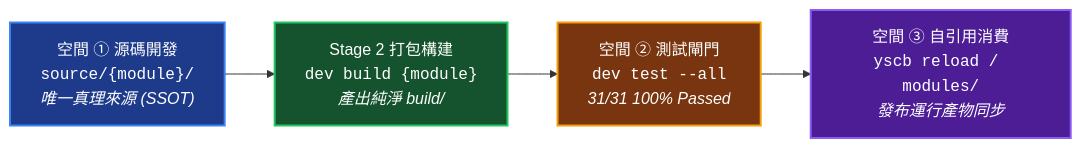
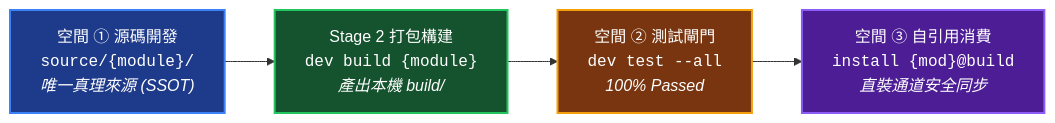
The diagram in docs/_project/STANDARDS.md (ysnaive/ys-codebase), drawn with Mermaid before and after one commit. The commit also changed 50 other files, not shown here.

Commit message:
feat(agents-workflow): implement plan taxonomy expansion, roadmap toolchain and delayed materialization

````diff
--- a/docs/_project/STANDARDS.md
+++ b/docs/_project/STANDARDS.md
@@ -51,14 +51,14 @@
 ```mermaid
 graph LR
     classDef s1 fill:#1e3a8a,stroke:#3b82f6,stroke-width:2px,color:#fff;
     classDef s2 fill:#14532d,stroke:#22c55e,stroke-width:2px,color:#fff;
     classDef s3 fill:#78350f,stroke:#f59e0b,stroke-width:2px,color:#fff;
     classDef s4 fill:#4c1d95,stroke:#8b5cf6,stroke-width:2px,color:#fff;
 
     Stage1["空間 ① 源碼開發<br/><code>source/{module}/</code><br/><i>唯一真理來源 (SSOT)</i>"]:::s1
-    Stage2["Stage 2 打包構建<br/><code>dev build {module}</code><br/><i>產出純淨 build/</i>"]:::s2
-    Stage3["空間 ② 測試閘門<br/><code>dev test --all</code><br/><i>31/31 100% Passed</i>"]:::s3
-    Stage4["空間 ③ 自引用消費<br/><code>yscb reload / modules/</code><br/><i>發布運行產物同步</i>"]:::s4
+    Stage2["Stage 2 打包構建<br/><code>dev build {module}</code><br/><i>產出本機 build/</i>"]:::s2
+    Stage3["空間 ② 測試閘門<br/><code>dev test --all</code><br/><i>100% Passed</i>"]:::s3
+    Stage4["空間 ③ 自引用消費<br/><code>install {mod}@build</code><br/><i>直裝通道安全同步</i>"]:::s4
 
     Stage1 --> Stage2 --> Stage3 --> Stage4
 ```
````
